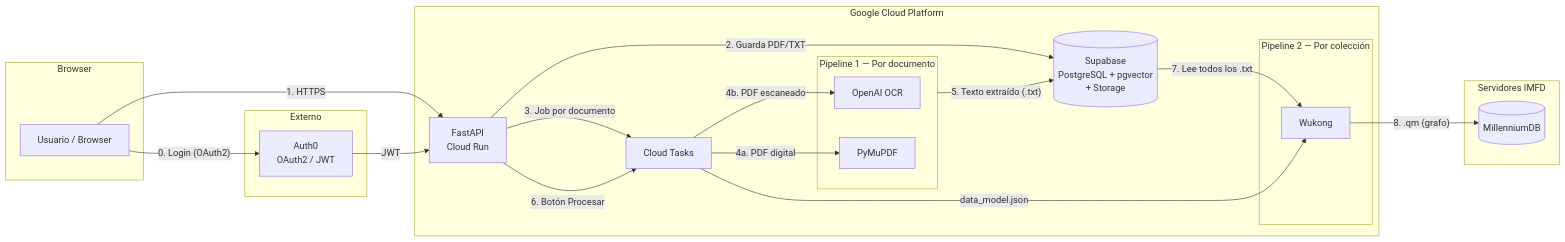
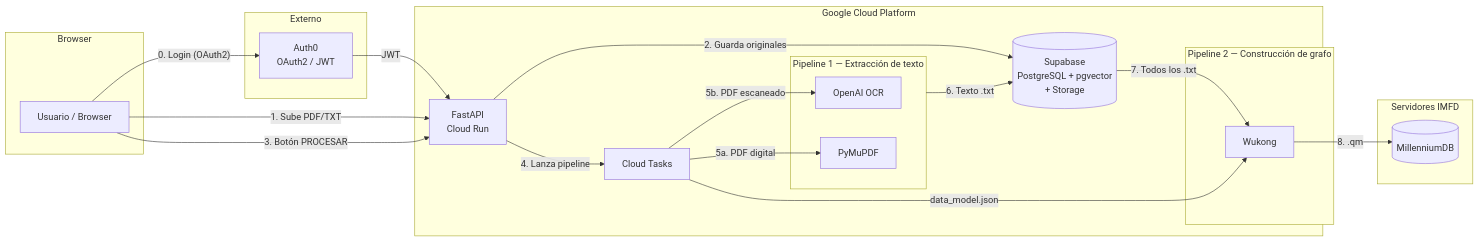
One commit to renaa-m/TallerDeIntegracion_G10 changed the first of 2 diagrams in README.md. Above: the diagram before and after it, drawn with Mermaid. The commit also changed other lines of this file, not shown here.

First line of the commit message:
docs: reestructurar arquitectura — botón Procesar inicia todo el pipeline

````diff
--- a/README.md
+++ b/README.md
@@ -137,42 +146,42 @@
 ```mermaid
 graph LR
     subgraph Browser
         U[Usuario / Browser]
     end
 
     subgraph Auth0_ext ["Externo"]
         AUTH0[Auth0\nOAuth2 / JWT]
     end
 
     subgraph GCP ["Google Cloud Platform"]
         API[FastAPI\nCloud Run]
         SUPA[(Supabase\nPostgreSQL + pgvector\n+ Storage)]
         CT[Cloud Tasks]
 
-        subgraph Pipeline_1 ["Pipeline 1 — Por documento"]
+        subgraph Pipeline_1 ["Pipeline 1 — Extracción de texto"]
             OCR[OpenAI OCR]
             PYMUPDF[PyMuPDF]
         end
 
-        subgraph Pipeline_2 ["Pipeline 2 — Por colección"]
+        subgraph Pipeline_2 ["Pipeline 2 — Construcción de grafo"]
             WK[Wukong]
         end
     end
 
     subgraph IMFD_servers ["Servidores IMFD"]
         MDB[(MillenniumDB)]
     end
 
-    U -->|"1. HTTPS"| API
     U -->|"0. Login (OAuth2)"| AUTH0
     AUTH0 -->|"JWT"| API
-    API -->|"2. Guarda PDF/TXT"| SUPA
-    API -->|"3. Job por documento"| CT
-    CT -->|"4a. PDF digital"| PYMUPDF
-    CT -->|"4b. PDF escaneado"| OCR
-    Pipeline_1 -->|"5. Texto extraído (.txt)"| SUPA
-    API -->|"6. Botón Procesar"| CT
-    SUPA -->|"7. Lee todos los .txt"| WK
+    U -->|"1. Sube PDF/TXT"| API
+    API -->|"2. Guarda originales"| SUPA
+    U -->|"3. Botón PROCESAR"| API
+    API -->|"4. Lanza pipeline"| CT
+    CT -->|"5a. PDF digital"| PYMUPDF
+    CT -->|"5b. PDF escaneado"| OCR
+    Pipeline_1 -->|"6. Texto .txt"| SUPA
+    SUPA -->|"7. Todos los .txt"| WK
     CT -->|"data_model.json"| WK
-    WK -->|"8. .qm (grafo)"| MDB
+    WK -->|"8. .qm"| MDB
 ```
````
